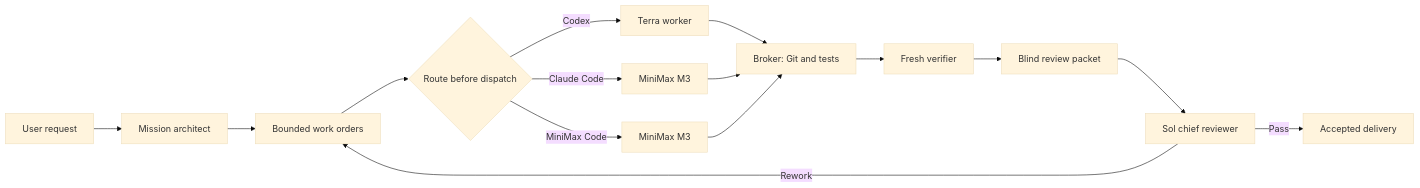
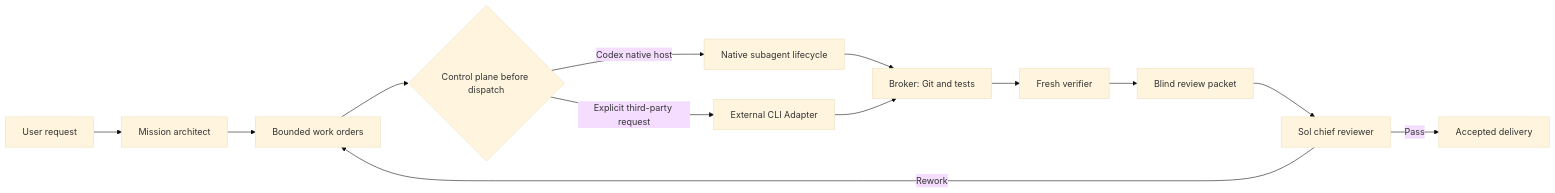
Before and after one commit to WdBlink/token-firewall-team: the diagram in docs/architecture.md, drawn with Mermaid (base theme). The commit also changed other lines of this file and 9 other files, not shown here.

Commit message:
refactor: make Codex native agents the default

````diff
--- a/docs/architecture.md
+++ b/docs/architecture.md
@@ -5,17 +5,15 @@
 ```mermaid
 flowchart LR
   U[User request] --> A[Mission architect]
   A --> W[Bounded work orders]
-  W --> R{Route before dispatch}
-  R -->|Codex| T[Terra worker]
-  R -->|Claude Code| M1[MiniMax M3]
-  R -->|MiniMax Code| M2[MiniMax M3]
-  T --> G[Broker: Git and tests]
-  M1 --> G
-  M2 --> G
+  W --> R{Control plane before dispatch}
+  R -->|Codex native host| N[Native subagent lifecycle]
+  R -->|Explicit third-party request| E[External CLI Adapter]
+  N --> G[Broker: Git and tests]
+  E --> G
   G --> V[Fresh verifier]
   V --> P[Blind review packet]
   P --> S[Sol chief reviewer]
   S -->|Pass| D[Accepted delivery]
   S -->|Rework| W
 ```
````
